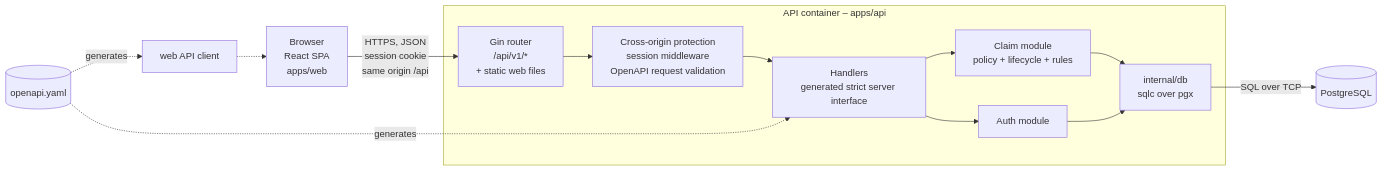
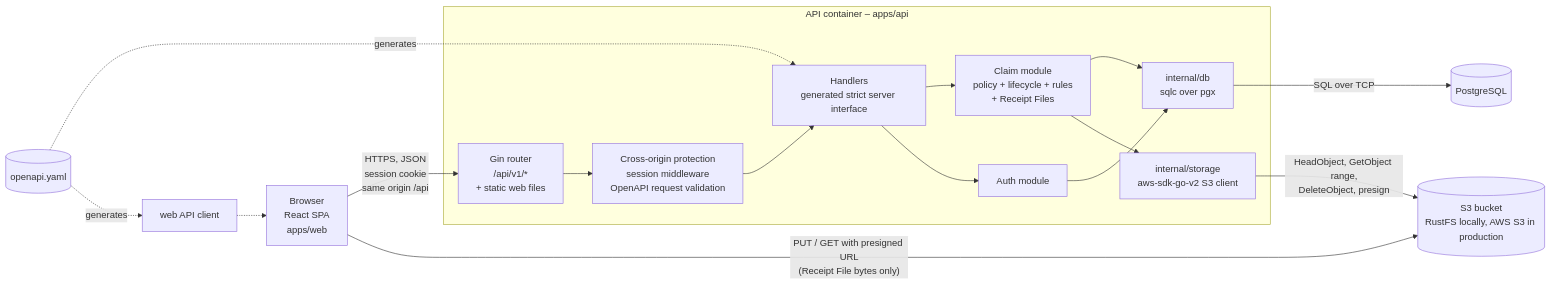
One commit to beambeambeam/claimflow changed the first of 4 diagrams in docs/system-sds.md. Above: the diagram before and after it, drawn with Mermaid. The commit also changed other lines of this file and 7 other files, not shown here.

````diff
--- a/docs/system-sds.md
+++ b/docs/system-sds.md
@@ -19,16 +19,19 @@
 ```mermaid
 flowchart LR
     B[Browser<br/>React SPA<br/>apps/web] -- "HTTPS, JSON<br/>session cookie<br/>same origin /api" --> API
 
     subgraph C[API container – apps/api]
         API[Gin router<br/>/api/v1/*<br/>+ static web files] --> MW[Cross-origin protection<br/>session middleware<br/>OpenAPI request validation]
         MW --> H[Handlers<br/>generated strict server interface]
-        H --> CM[Claim module<br/>policy + lifecycle + rules]
+        H --> CM[Claim module<br/>policy + lifecycle + rules<br/>+ Receipt Files]
         H --> AM[Auth module]
         CM & AM --> DB[internal/db<br/>sqlc over pgx]
+        CM --> ST[internal/storage<br/>aws-sdk-go-v2 S3 client]
     end
 
     DB -- "SQL over TCP" --> PG[(PostgreSQL)]
+    ST -- "HeadObject, GetObject range,<br/>DeleteObject, presign" --> S3[(S3 bucket<br/>RustFS locally, AWS S3 in production)]
+    B -- "PUT / GET with presigned URL<br/>(Receipt File bytes only)" --> S3
     SPEC[(openapi.yaml)] -. generates .-> H
     SPEC -. generates .-> CL[web API client] -.-> B
 ```
````
